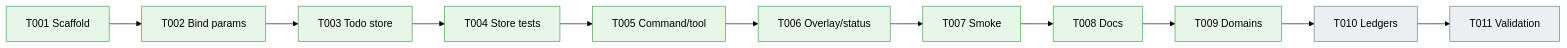
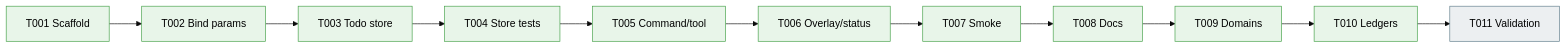
Before and after one commit to vaughanknight/pij: the third of 3 diagrams in docs/plans/010-sql-backed-todo-extension/sql-backed-todo-extension.fltplan.md, drawn with Mermaid (base theme). The commit also changed other lines of this file and 4 other files, not shown here.

````diff
--- a/docs/plans/010-sql-backed-todo-extension/sql-backed-todo-extension.fltplan.md
+++ b/docs/plans/010-sql-backed-todo-extension/sql-backed-todo-extension.fltplan.md
@@ -128,9 +128,9 @@
 ```mermaid
 flowchart LR
     classDef pending fill:#ECEFF1,stroke:#607D8B,color:#000
     classDef active fill:#FFF3E0,stroke:#FB8C00,color:#000
     classDef done fill:#E8F5E9,stroke:#43A047,color:#000
     classDef blocked fill:#FFEBEE,stroke:#E53935,color:#000
 
-    S001[T001 Scaffold]:::done --> S002[T002 Bind params]:::done --> S003[T003 Todo store]:::done --> S004[T004 Store tests]:::done --> S005[T005 Command/tool]:::done --> S006[T006 Overlay/status]:::done --> S007[T007 Smoke]:::done --> S008[T008 Docs]:::done --> S009[T009 Domains]:::done --> S010[T010 Ledgers]:::pending --> S011[T011 Validation]:::pending
+    S001[T001 Scaffold]:::done --> S002[T002 Bind params]:::done --> S003[T003 Todo store]:::done --> S004[T004 Store tests]:::done --> S005[T005 Command/tool]:::done --> S006[T006 Overlay/status]:::done --> S007[T007 Smoke]:::done --> S008[T008 Docs]:::done --> S009[T009 Domains]:::done --> S010[T010 Ledgers]:::done --> S011[T011 Validation]:::pending
 ```
````
